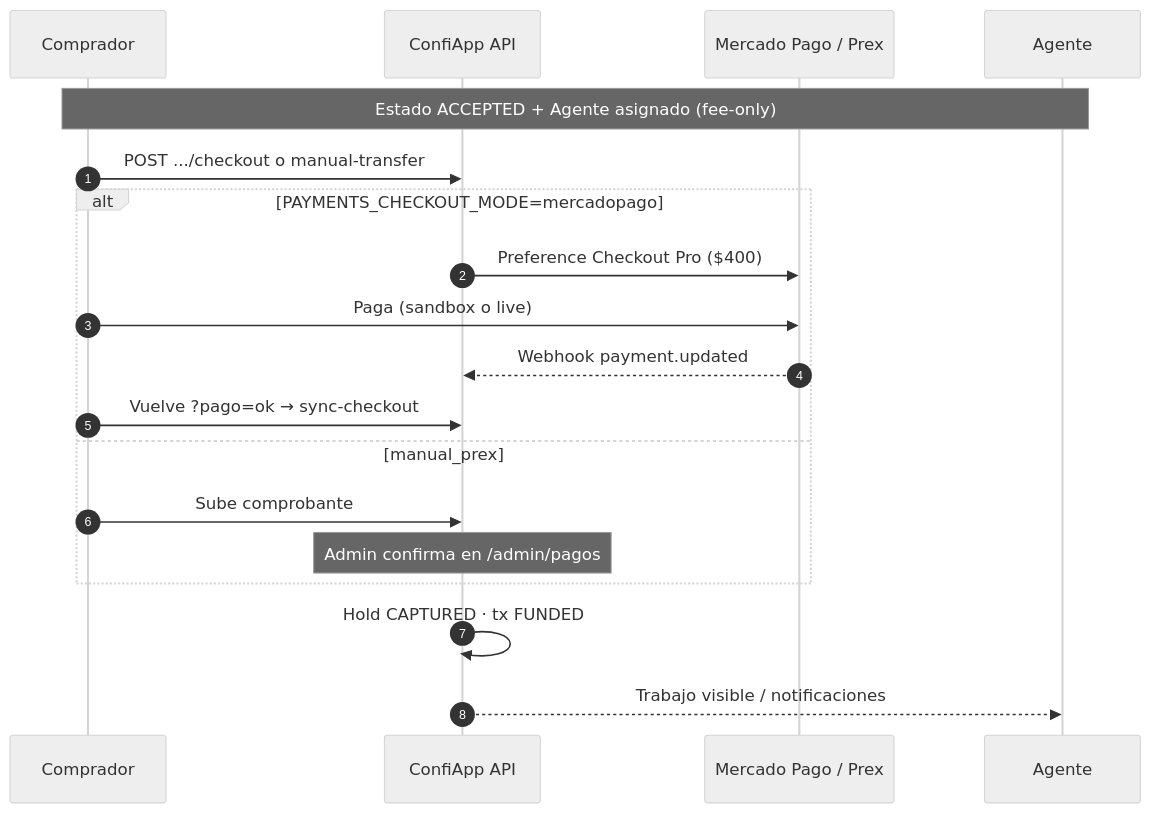
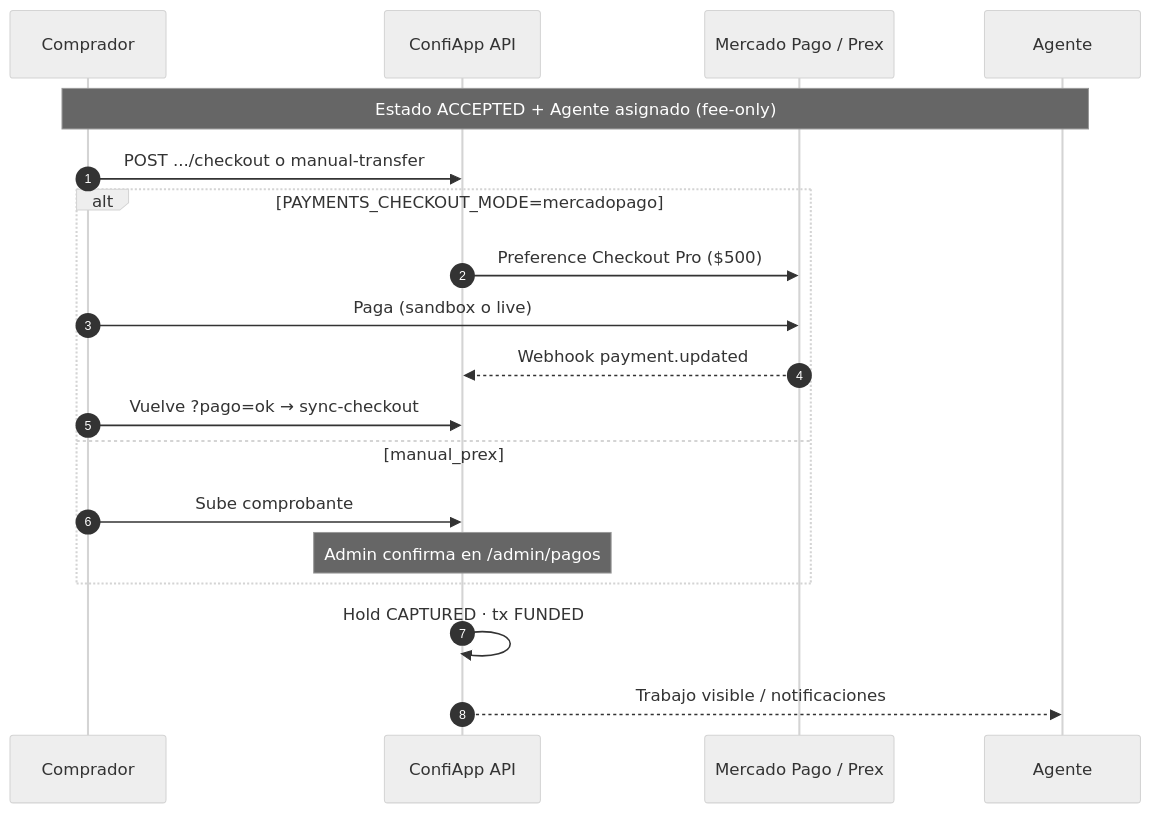
Before and after one commit to clissic/confiapp: the fifth of 8 diagrams in docs/OPERATION_FLOWS.md, drawn with Mermaid (neutral theme). The commit also changed other lines of this file and 21 other files, not shown here.

````diff
--- a/docs/OPERATION_FLOWS.md
+++ b/docs/OPERATION_FLOWS.md
@@ -280,22 +280,22 @@
 ```mermaid
 sequenceDiagram
   autonumber
   participant C as Comprador
   participant App as ConfiApp API
   participant MP as Mercado Pago / Prex
   participant Ag as Agente
 
   Note over C,Ag: Estado ACCEPTED + Agente asignado (fee-only)
   C->>App: POST .../checkout o manual-transfer
   alt PAYMENTS_CHECKOUT_MODE=mercadopago
-    App->>MP: Preference Checkout Pro ($400)
+    App->>MP: Preference Checkout Pro ($500)
     C->>MP: Paga (sandbox o live)
     MP-->>App: Webhook payment.updated
     C->>App: Vuelve ?pago=ok → sync-checkout
   else manual_prex
     C->>App: Sube comprobante
     Note over App: Admin confirma en /admin/pagos
   end
   App->>App: Hold CAPTURED · tx FUNDED
   App-->>Ag: Trabajo visible / notificaciones
 ```
````
